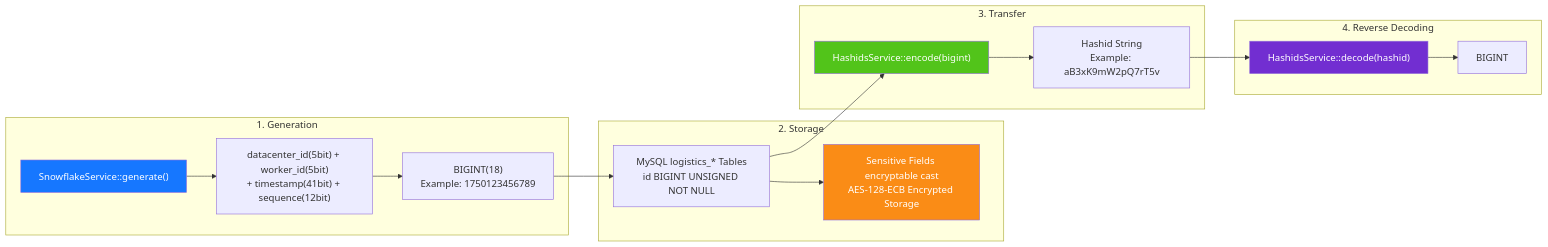
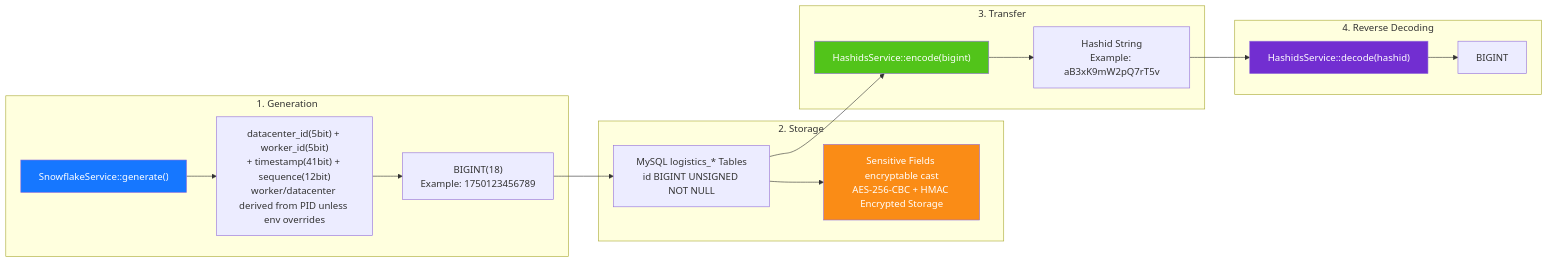
One commit to erikwang2013/integrated-global-logistics changed the diagram in admin/docs/diagrams/06-id-lifecycle.en.md. Above: the diagram before and after it, drawn with Mermaid. The commit also changed other lines of this file and 88 other files, not shown here.

````diff
--- a/admin/docs/diagrams/06-id-lifecycle.en.md
+++ b/admin/docs/diagrams/06-id-lifecycle.en.md
@@ -7,32 +7,32 @@
 ```mermaid
 flowchart LR
     subgraph gen["1. Generation"]
         g1["SnowflakeService::generate()"]
-        g2["datacenter_id(5bit) + worker_id(5bit)<br/>+ timestamp(41bit) + sequence(12bit)"]
+        g2["datacenter_id(5bit) + worker_id(5bit)<br/>+ timestamp(41bit) + sequence(12bit)<br/>worker/datacenter derived from PID unless env overrides"]
         g3["BIGINT(18)<br/>Example: 1750123456789"]
         g1 --> g2 --> g3
     end
 
     subgraph store["2. Storage"]
         s1["MySQL logistics_* Tables<br/>id BIGINT UNSIGNED NOT NULL"]
-        s2["Sensitive Fields encryptable cast<br/>AES-128-ECB Encrypted Storage"]
+        s2["Sensitive Fields encryptable cast<br/>AES-256-CBC + HMAC Encrypted Storage"]
         g3 --> s1 --> s2
     end
 
     subgraph transfer["3. Transfer"]
         t1["HashidsService::encode(bigint)"]
         t2["Hashid String<br/>Example: aB3xK9mW2pQ7rT5v"]
         s1 --> t1 --> t2
     end
 
     subgraph reverse["4. Reverse Decoding"]
         r1["HashidsService::decode(hashid)"]
         r2["BIGINT"]
         t2 --> r1 --> r2
     end
 
     style g1 fill:#1677FF,color:#fff
     style s2 fill:#FA8C16,color:#fff
     style t1 fill:#52C41A,color:#fff
     style r1 fill:#722ED1,color:#fff
 ```
````
